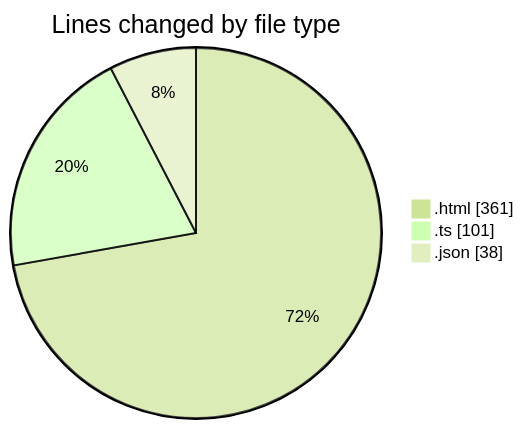
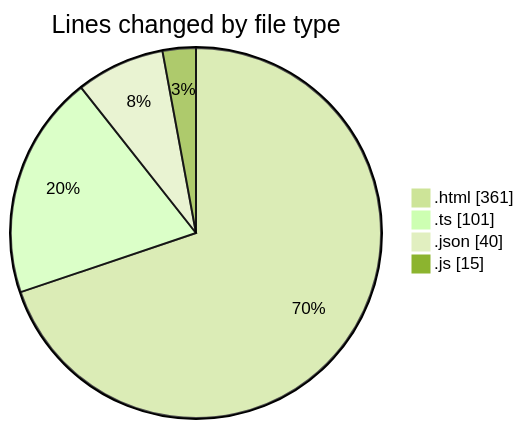
The first of 2 diagrams in 2025-05-15/news-clock-system-caspercg/README.md (momahboobian/code-tracking), drawn with Mermaid (forest theme) before and after one commit. The commit also changed other lines of this file and 1 other file, not shown here.

````diff
--- a/2025-05-15/news-clock-system-caspercg/README.md
+++ b/2025-05-15/news-clock-system-caspercg/README.md
@@ -26,7 +27,8 @@
 ```mermaid
 pie showData
 title Lines changed by file type
 ".html" : 361
 ".ts" : 101
-".json" : 38
+".json" : 40
+".js" : 15
 ```
````
